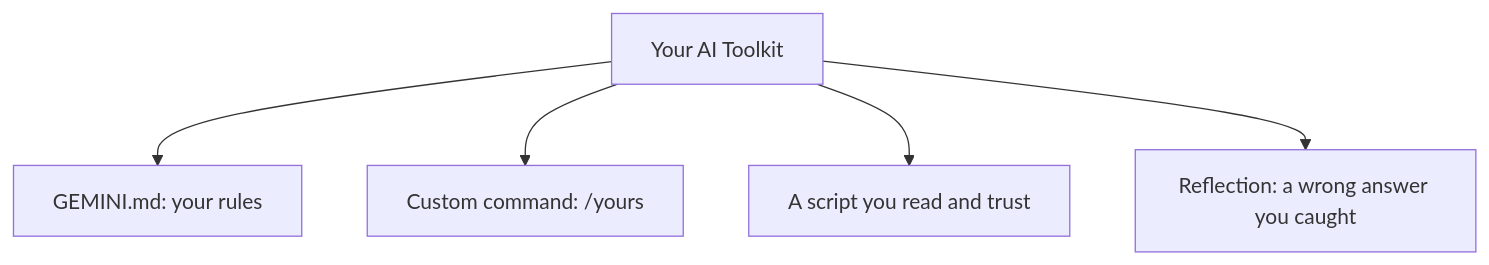
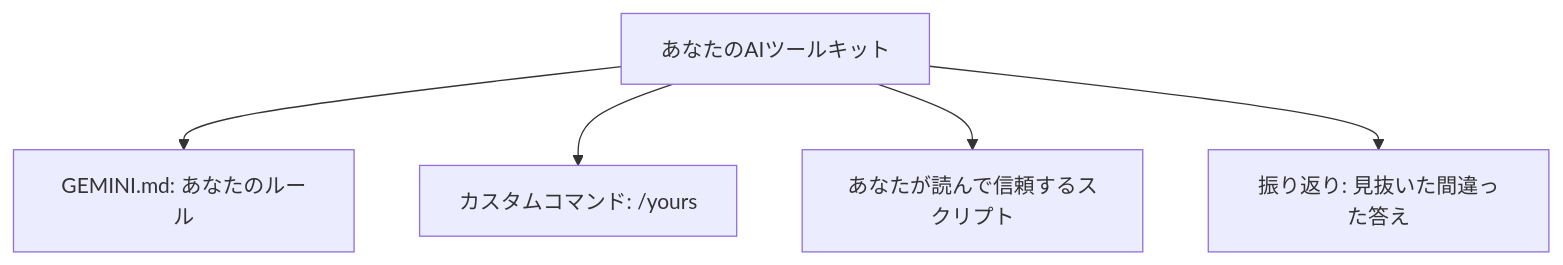
The diagram in content/ai/a08.ja.md (KakkoiDev/izumo-io), drawn with Mermaid before and after one commit. The commit also changed 47 other files, not shown here.

First line of the commit message:
Translate mermaid diagram labels to JA + PT in AI lessons

````diff
--- a/content/ai/a08.ja.md
+++ b/content/ai/a08.ja.md
@@ -19,7 +19,7 @@
 ```mermaid
 flowchart TD
-    T[Your AI Toolkit] --> M[GEMINI.md: your rules]
-    T --> C["Custom command: /yours"]
-    T --> S[A script you read and trust]
-    T --> R[Reflection: a wrong answer you caught]
+    T[あなたのAIツールキット] --> M[GEMINI.md: あなたのルール]
+    T --> C["カスタムコマンド: /yours"]
+    T --> S[あなたが読んで信頼するスクリプト]
+    T --> R[振り返り: 見抜いた間違った答え]
 ```
````
